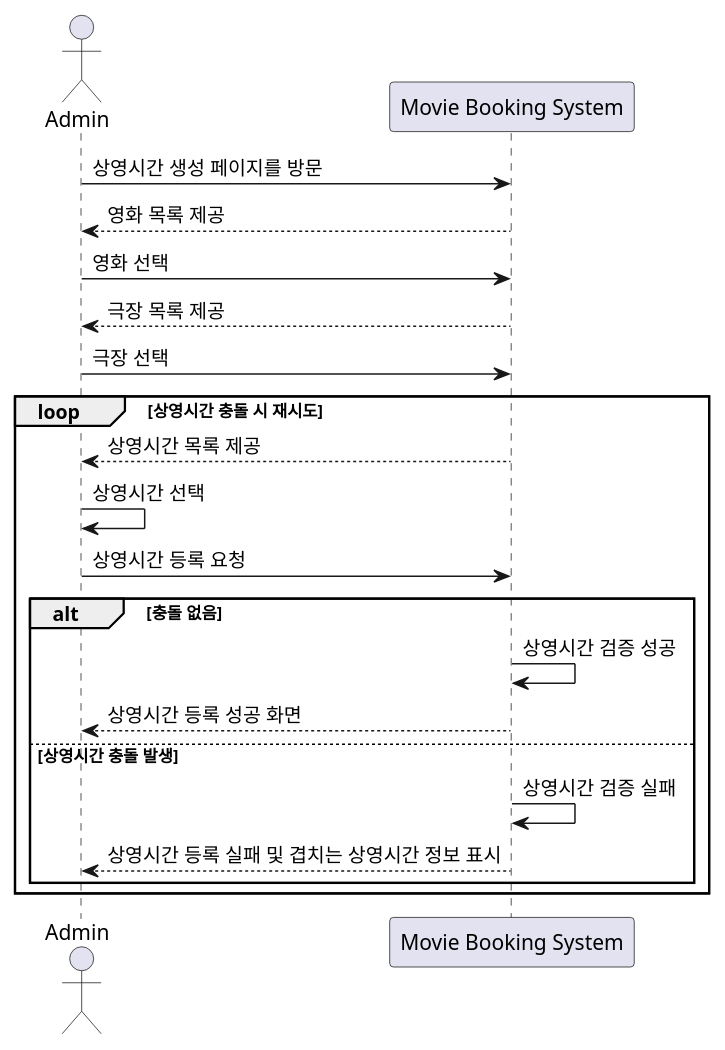
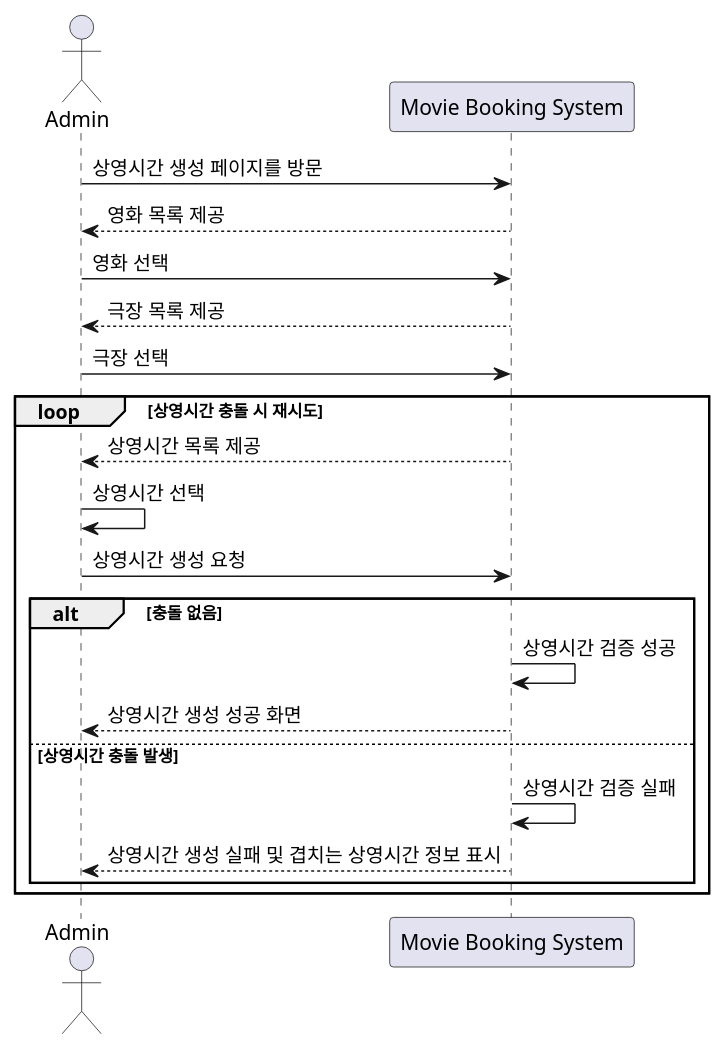
The fourth of 14 diagrams in _posts/2025-05-01-movie-booking-system-2.md (mannercode/mannercode.github.io), drawn with PlantUML before and after one commit. The commit also changed other lines of this file and 37 other files, not shown here.

```diff
--- a/_posts/2025-05-01-movie-booking-system-2.md
+++ b/_posts/2025-05-01-movie-booking-system-2.md
@@ -163,30 +163,30 @@
 {% plantuml %}
 @startuml
 actor Admin
 participant "Movie Booking System" as mbs
 
 Admin -> mbs:  상영시간 생성 페이지를 방문
 Admin <-- mbs:  영화 목록 제공
 
 Admin -> mbs:  영화 선택
 Admin <-- mbs: 극장 목록 제공
 
 Admin -> mbs:  극장 선택
 
 loop 상영시간 충돌 시 재시도
     Admin <-- mbs: 상영시간 목록 제공
 
     Admin -> Admin:  상영시간 선택
-    Admin -> mbs:  상영시간 등록 요청
+    Admin -> mbs:  상영시간 생성 요청
 
     alt 충돌 없음
         mbs -> mbs:  상영시간 검증 성공
-        Admin <-- mbs: 상영시간 등록 성공 화면
+        Admin <-- mbs: 상영시간 생성 성공 화면
     else 상영시간 충돌 발생
         mbs -> mbs:  상영시간 검증 실패
 
-        Admin <-- mbs: 상영시간 등록 실패 및 겹치는 상영시간 정보 표시
+        Admin <-- mbs: 상영시간 생성 실패 및 겹치는 상영시간 정보 표시
     end
 end
 @enduml
 {% endplantuml %}
```
